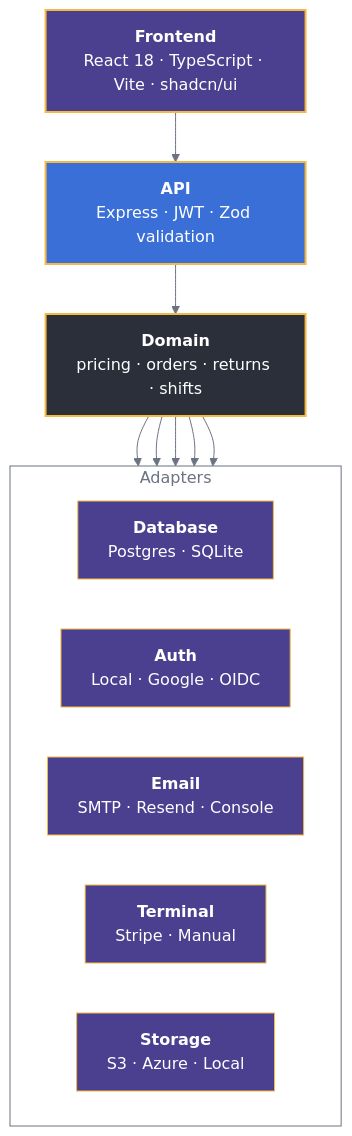
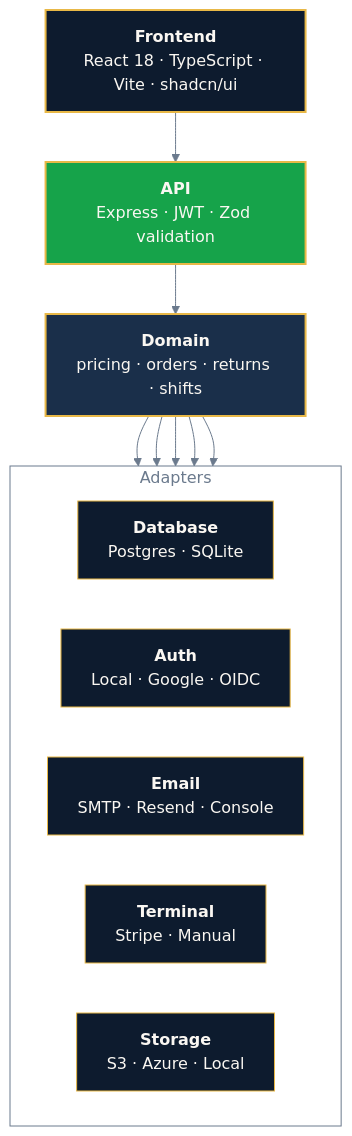
The second of 2 diagrams in README.md (24Skater/stewardpos), drawn with Mermaid before and after one commit. The commit also changed other lines of this file and 21 other files, not shown here.

````diff
--- a/README.md
+++ b/README.md
@@ -228,29 +228,29 @@
 ```mermaid
-%%{init: {"theme":"base","themeVariables":{"primaryColor":"#4B3F8F","primaryTextColor":"#FFFFFF","primaryBorderColor":"#F5B942","lineColor":"#6B7280","fontFamily":"Inter, system-ui, sans-serif","clusterBkg":"transparent","clusterBorder":"#6B7280","titleColor":"#6B7280"}}}%%
+%%{init: {"theme":"base","themeVariables":{"primaryColor":"#0D1B2E","primaryTextColor":"#FAF7F2","primaryBorderColor":"#E8B847","lineColor":"#6B7A8D","fontFamily":"Inter, system-ui, sans-serif","clusterBkg":"transparent","clusterBorder":"#6B7A8D","titleColor":"#6B7A8D"}}}%%
 flowchart TB
     UI["<b>Frontend</b><br/>React 18 · TypeScript · Vite · shadcn/ui"]
     API["<b>API</b><br/>Express · JWT · Zod validation"]
     DOM["<b>Domain</b><br/>pricing · orders · returns · shifts"]
 
     UI --> API --> DOM
 
     subgraph ADP["Adapters"]
         direction LR
         DB["<b>Database</b><br/>Postgres · SQLite"]
         AUTH["<b>Auth</b><br/>Local · Google · OIDC"]
         MAIL["<b>Email</b><br/>SMTP · Resend · Console"]
         PAY["<b>Terminal</b><br/>Stripe · Manual"]
         FILE["<b>Storage</b><br/>S3 · Azure · Local"]
     end
 
     DOM --> DB & AUTH & MAIL & PAY & FILE
 
-    style UI fill:#4B3F8F,stroke:#F5B942,stroke-width:2px,color:#fff
-    style API fill:#3B6FD8,stroke:#F5B942,stroke-width:2px,color:#fff
-    style DOM fill:#2A2F3A,stroke:#F5B942,stroke-width:2px,color:#fff
-    style DB fill:#4B3F8F,stroke:#F5B942,color:#fff
-    style AUTH fill:#4B3F8F,stroke:#F5B942,color:#fff
-    style MAIL fill:#4B3F8F,stroke:#F5B942,color:#fff
-    style PAY fill:#4B3F8F,stroke:#F5B942,color:#fff
-    style FILE fill:#4B3F8F,stroke:#F5B942,color:#fff
+    style UI fill:#0D1B2E,stroke:#E8B847,stroke-width:2px,color:#FAF7F2
+    style API fill:#16A34A,stroke:#E8B847,stroke-width:2px,color:#FAF7F2
+    style DOM fill:#1A2F4A,stroke:#E8B847,stroke-width:2px,color:#FAF7F2
+    style DB fill:#0D1B2E,stroke:#E8B847,color:#FAF7F2
+    style AUTH fill:#0D1B2E,stroke:#E8B847,color:#FAF7F2
+    style MAIL fill:#0D1B2E,stroke:#E8B847,color:#FAF7F2
+    style PAY fill:#0D1B2E,stroke:#E8B847,color:#FAF7F2
+    style FILE fill:#0D1B2E,stroke:#E8B847,color:#FAF7F2
 ```
````
